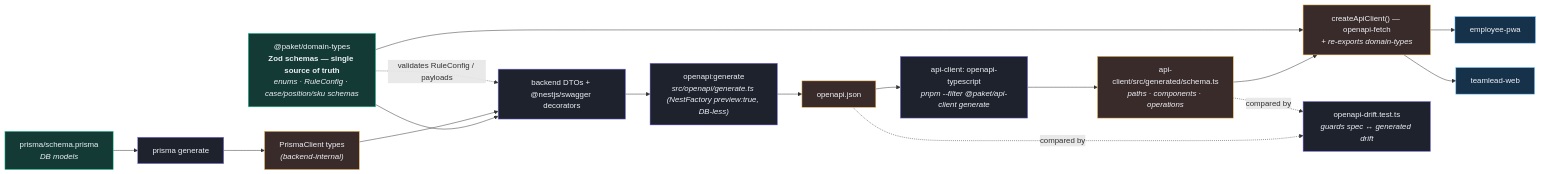
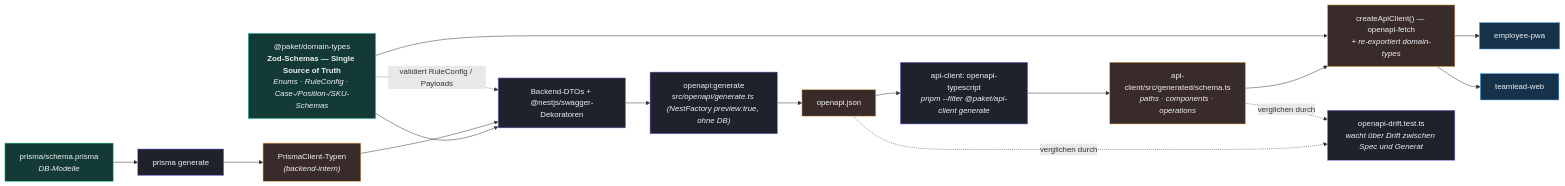
The diagram in docs/architecture/src/type-pipeline.mmd (officialoniichat/paketdispov2), drawn with Mermaid before and after one commit. The commit also changed 22 other files, not shown here.

First line of the commit message:
docs(architecture): Diagramme auf Deutsch und Viewer mit Zoom/Pan

```diff
--- a/docs/architecture/src/type-pipeline.mmd
+++ b/docs/architecture/src/type-pipeline.mmd
@@ -1,39 +1,39 @@
-%% Type-generation pipeline — how domain-types (Zod), Prisma, OpenAPI and api-client relate.
-%% Verified: packages/domain-types (zod), apps/backend-api/src/openapi/generate.ts (preview-mode),
-%% apps/backend-api/src/swagger.ts (@nestjs/swagger), package.json scripts (openapi:generate),
+%% Typ-Generierungskette — wie domain-types (Zod), Prisma, OpenAPI und api-client zusammenhängen.
+%% Verifiziert: packages/domain-types (zod), apps/backend-api/src/openapi/generate.ts (Preview-Modus),
+%% apps/backend-api/src/swagger.ts (@nestjs/swagger), package.json-Skripte (openapi:generate),
 %% packages/api-client (openapi-typescript -> src/generated/schema.ts, openapi-fetch, openapi-drift.test.ts).
 flowchart LR
     classDef src fill:#143a35,stroke:#2dd4a7,color:#eef1f6;
     classDef gen fill:#1d222c,stroke:#8b7cf6,color:#eef1f6;
     classDef artifact fill:#3a2b2b,stroke:#f5b955,color:#eef1f6;
     classDef consumer fill:#16314a,stroke:#56b6ff,color:#eef1f6;
 
-    zod["@paket/domain-types<br/><b>Zod schemas — single source of truth</b><br/><i>enums · RuleConfig · case/position/sku schemas</i>"]:::src
-    prismaSchema["prisma/schema.prisma<br/><i>DB models</i>"]:::src
+    zod["@paket/domain-types<br/><b>Zod-Schemas — Single Source of Truth</b><br/><i>Enums · RuleConfig · Case-/Position-/SKU-Schemas</i>"]:::src
+    prismaSchema["prisma/schema.prisma<br/><i>DB-Modelle</i>"]:::src
 
     prismaGen["prisma generate"]:::gen
-    prismaClient["PrismaClient types<br/><i>(backend-internal)</i>"]:::artifact
+    prismaClient["PrismaClient-Typen<br/><i>(backend-intern)</i>"]:::artifact
 
-    dtos["backend DTOs + @nestjs/swagger decorators"]:::gen
-    openapiGen["openapi:generate<br/><i>src/openapi/generate.ts (NestFactory preview:true, DB-less)</i>"]:::gen
+    dtos["Backend-DTOs + @nestjs/swagger-Dekoratoren"]:::gen
+    openapiGen["openapi:generate<br/><i>src/openapi/generate.ts (NestFactory preview:true, ohne DB)</i>"]:::gen
     openapiJson["openapi.json"]:::artifact
 
     otsc["api-client: openapi-typescript<br/><i>pnpm --filter @paket/api-client generate</i>"]:::gen
     schemaTs["api-client/src/generated/schema.ts<br/><i>paths · components · operations</i>"]:::artifact
-    client["createApiClient() — openapi-fetch<br/><i>+ re-exports domain-types</i>"]:::artifact
-    drift["openapi-drift.test.ts<br/><i>guards spec ↔ generated drift</i>"]:::gen
+    client["createApiClient() — openapi-fetch<br/><i>+ re-exportiert domain-types</i>"]:::artifact
+    drift["openapi-drift.test.ts<br/><i>wacht über Drift zwischen Spec und Generat</i>"]:::gen
 
     pwa["employee-pwa"]:::consumer
     web["teamlead-web"]:::consumer
 
     zod --> dtos
     prismaSchema --> prismaGen --> prismaClient
     prismaClient --> dtos
     dtos --> openapiGen --> openapiJson
-    zod -. "validates RuleConfig / payloads" .-> dtos
+    zod -. "validiert RuleConfig / Payloads" .-> dtos
     openapiJson --> otsc --> schemaTs --> client
     zod --> client
     client --> pwa
     client --> web
-    openapiJson -. "compared by" .-> drift
-    schemaTs -. "compared by" .-> drift
+    openapiJson -. "verglichen durch" .-> drift
+    schemaTs -. "verglichen durch" .-> drift
```
